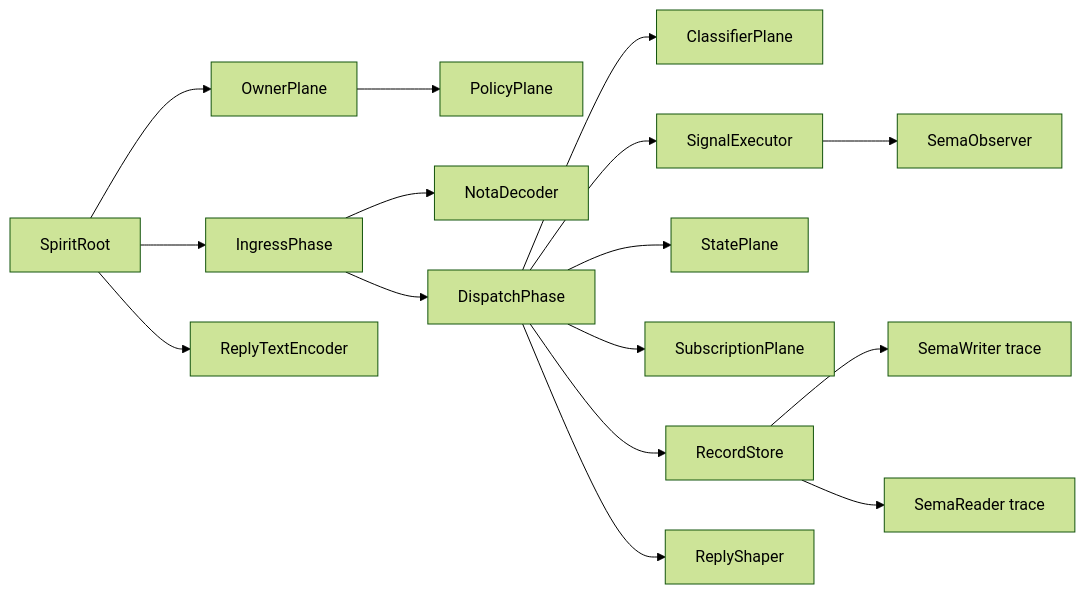
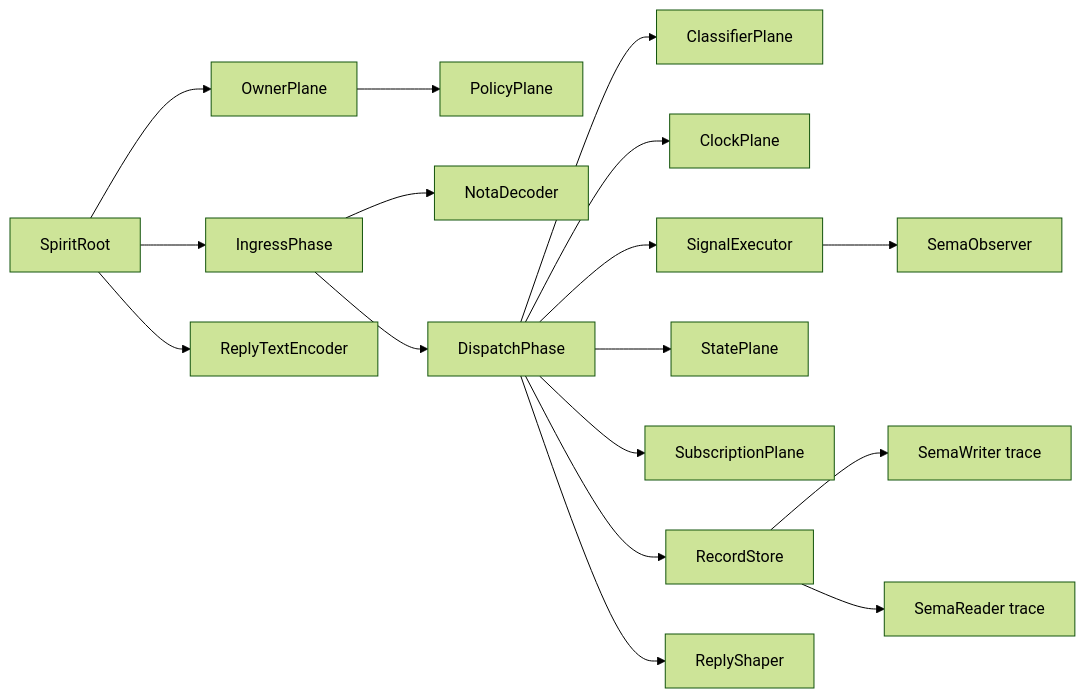
Before and after one commit to LiGoldragon/persona-spirit: the second of 2 diagrams in ARCHITECTURE.md, drawn with Mermaid (forest theme). The commit also changed other lines of this file and 15 other files, not shown here.

````diff
--- a/ARCHITECTURE.md
+++ b/ARCHITECTURE.md
@@ -50,35 +50,37 @@
 ```mermaid
 flowchart LR
     root["SpiritRoot"]
     owner["OwnerPlane"]
     policy["PolicyPlane"]
     ingress["IngressPhase"]
     decoder["NotaDecoder"]
     classifier["ClassifierPlane"]
+    clock["ClockPlane"]
     dispatch["DispatchPhase"]
     executor["SignalExecutor"]
     observer["SemaObserver"]
     state["StatePlane"]
     subscription["SubscriptionPlane"]
     store["RecordStore"]
     shaper["ReplyShaper"]
     encoder["ReplyTextEncoder"]
     writer["SemaWriter trace"]
     reader["SemaReader trace"]
 
     root --> owner
     owner --> policy
     root --> ingress
     ingress --> decoder
     ingress --> dispatch
     dispatch --> classifier
+    dispatch --> clock
     dispatch --> executor
     executor --> observer
     dispatch --> state
     dispatch --> subscription
     dispatch --> store
     dispatch --> shaper
     store --> writer
     store --> reader
     root --> encoder
 ```
````
